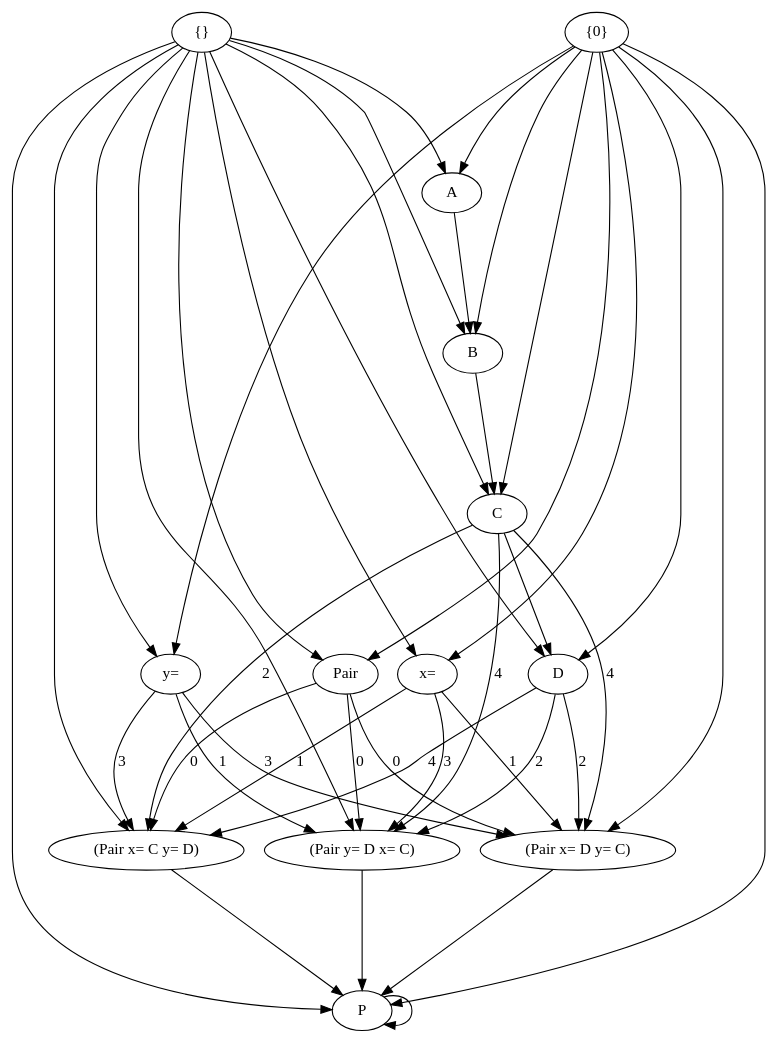
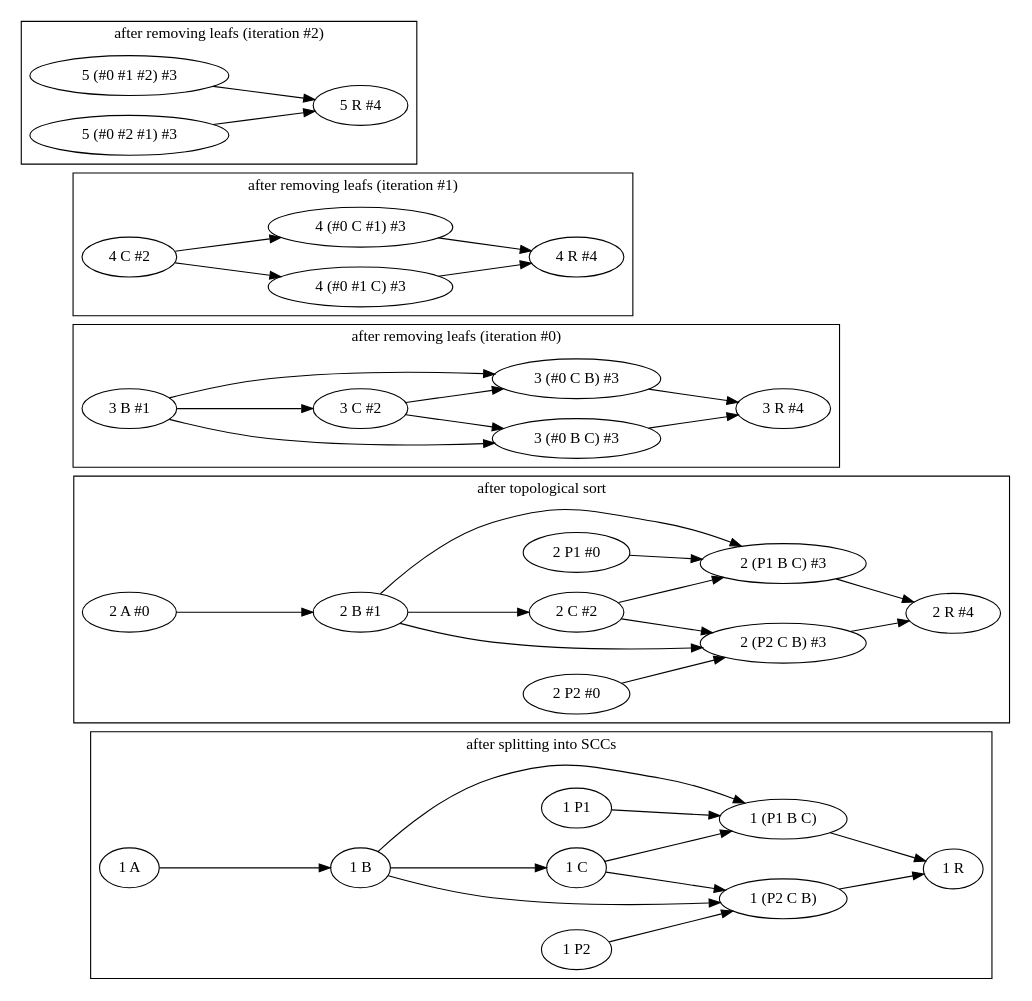
The diagram in documentation/env-check.dot (MichaelMMacLeod/lang), drawn with Graphviz before and after one commit. The commit also changed 12 other files, not shown here.

```diff
--- a/documentation/env-check.dot
+++ b/documentation/env-check.dot
@@ -1,35 +1,51 @@
 digraph env_check {
-    ranksep=1.5
-    
-    "{}" -> { "Pair" "x=" "y=" "A" "B" "C" "D" "P" "(Pair x= C y= D)" "(Pair y= D x= C)" }
-
-    "{0}" -> { "Pair" "x=" "y=" "A" "B" "C" "D" "P" "(Pair x= D y= C)" }
-    
-    "P" -> "P"
-
-    "Pair" -> "(Pair x= C y= D)" [label=0]
-    "x=" -> "(Pair x= C y= D)" [label=1]
-    "C" -> "(Pair x= C y= D)" [label=2]
-    "y=" -> "(Pair x= C y= D)" [label=3]
-    "D" -> "(Pair x= C y= D)" [label=4]
-    "(Pair x= C y= D)" -> "P"
-
-    "Pair" -> "(Pair y= D x= C)" [label=0]
-    "y=" -> "(Pair y= D x= C)" [label=1]
-    "D" -> "(Pair y= D x= C)" [label=2]
-    "x=" -> "(Pair y= D x= C)" [label=3]
-    "C" -> "(Pair y= D x= C)" [label=4]
-    "(Pair y= D x= C)" -> "P"
-    
-    "Pair" -> "(Pair x= D y= C)" [label=0]
-    "x=" -> "(Pair x= D y= C)" [label=1]
-    "D" -> "(Pair x= D y= C)" [label=2]
-    "y=" -> "(Pair x= D y= C)" [label=3]
-    "C" -> "(Pair x= D y= C)" [label=4]
-
-    "(Pair x= D y= C)" -> "P"
-    
-    "A" -> "B"
-    "B" -> "C"
-    "C" -> "D"
+    rankdir=LR
+    subgraph cluster_step_1 {
+        label="after splitting into SCCs"
+        "1 A" -> "1 B"
+        "1 B" -> "1 C"
+        "1 P1" -> "1 (P1 B C)"
+        "1 B" -> "1 (P1 B C)"
+        "1 C" -> "1 (P1 B C)"
+        "1 P2" -> "1 (P2 C B)"
+        "1 B" -> "1 (P2 C B)"
+        "1 C" -> "1 (P2 C B)"
+        "1 (P1 B C)" -> "1 R"
+        "1 (P2 C B)" -> "1 R"
+    }
+    subgraph cluster_step_2 {
+        label="after topological sort"
+        "2 A #0" -> "2 B #1"
+        "2 B #1" -> "2 C #2"
+        "2 P1 #0" -> "2 (P1 B C) #3"
+        "2 B #1" -> "2 (P1 B C) #3"
+        "2 C #2" -> "2 (P1 B C) #3"
+        "2 P2 #0" -> "2 (P2 C B) #3"
+        "2 B #1" -> "2 (P2 C B) #3"
+        "2 C #2" -> "2 (P2 C B) #3"
+        "2 (P1 B C) #3" -> "2 R #4"
+        "2 (P2 C B) #3" -> "2 R #4"
+    }
+    subgraph cluster_step_3 {
+        label="after removing leafs (iteration #0)"
+        "3 B #1" -> "3 C #2"
+        "3 B #1" -> "3 (#0 B C) #3"
+        "3 C #2" -> "3 (#0 B C) #3"
+        "3 B #1" -> "3 (#0 C B) #3"
+        "3 C #2" -> "3 (#0 C B) #3"
+        "3 (#0 B C) #3" -> "3 R #4"
+        "3 (#0 C B) #3" -> "3 R #4"
+    }
+    subgraph cluster_step_4 {
+        label="after removing leafs (iteration #1)"
+        "4 C #2" -> "4 (#0 #1 C) #3"
+        "4 C #2" -> "4 (#0 C #1) #3"
+        "4 (#0 #1 C) #3" -> "4 R #4"
+        "4 (#0 C #1) #3" -> "4 R #4"
+    }
+    subgraph cluster_step_5 {
+        label="after removing leafs (iteration #2)"
+        "5 (#0 #1 #2) #3" -> "5 R #4"
+        "5 (#0 #2 #1) #3" -> "5 R #4"
+    }
 }
```
